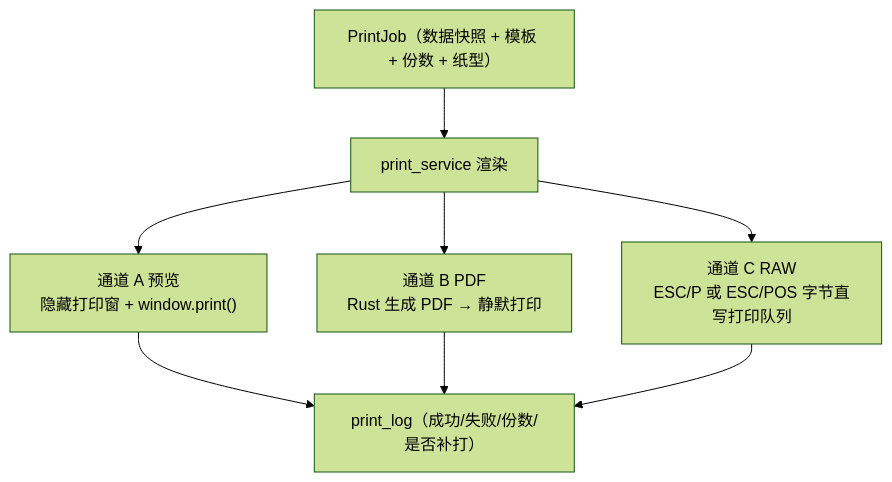
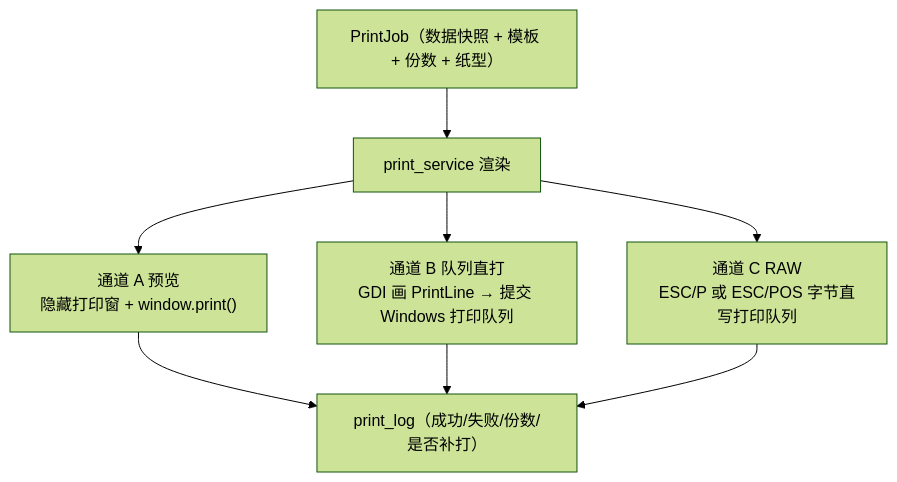
Before and after one commit to datawalkcloud/BangHe: the fourth of 4 diagrams in docs/design/04-硬件对接方案.md, drawn with Mermaid (forest theme). The commit also changed other lines of this file and 13 other files, not shown here.

````diff
--- a/docs/design/04-硬件对接方案.md
+++ b/docs/design/04-硬件对接方案.md
@@ -333,10 +333,10 @@
 ```mermaid
 flowchart TD
     T["PrintJob（数据快照 + 模板 + 份数 + 纸型）"] --> R["print_service 渲染"]
     R --> A["通道 A 预览<br/>隐藏打印窗 + window.print()"]
-    R --> B["通道 B PDF<br/>Rust 生成 PDF → 静默打印"]
+    R --> B["通道 B 队列直打<br/>GDI 画 PrintLine → 提交 Windows 打印队列"]
     R --> C["通道 C RAW<br/>ESC/P 或 ESC/POS 字节直写打印队列"]
     A --> L["print_log（成功/失败/份数/是否补打）"]
     B --> L
     C --> L
 ```
````
